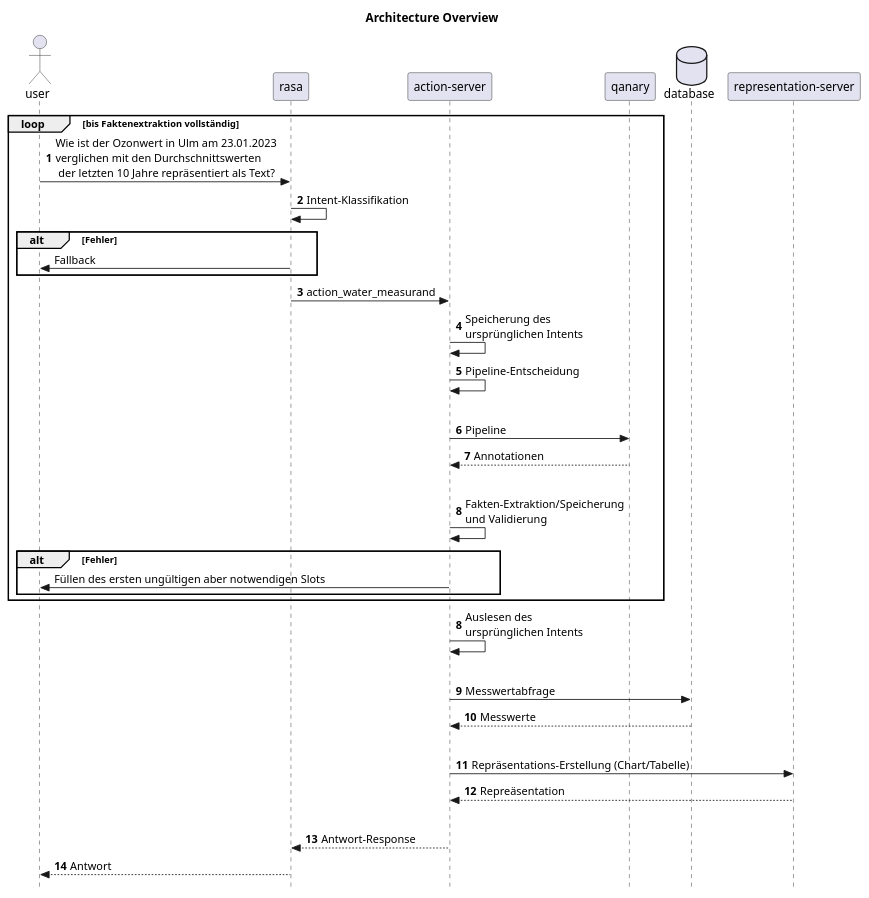
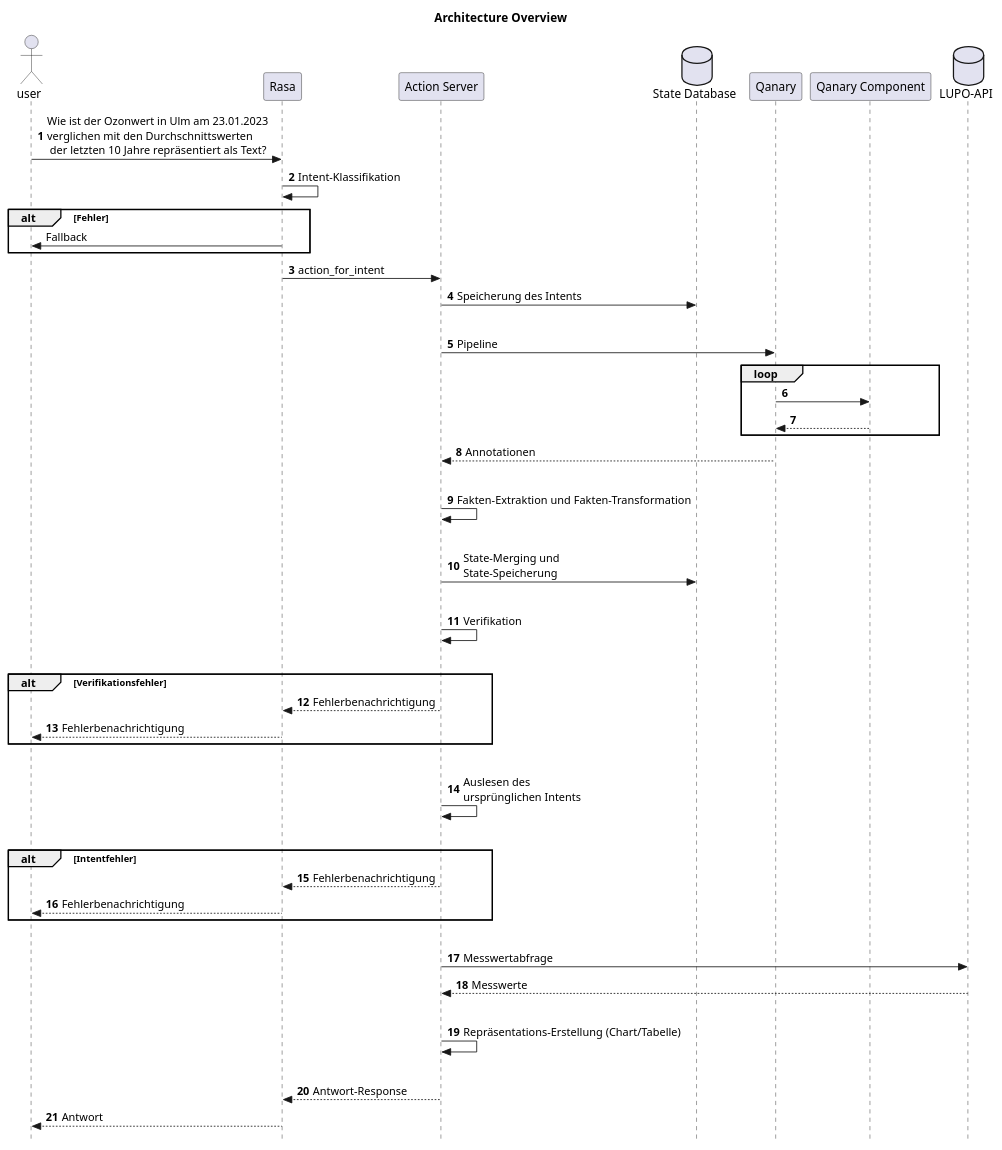
The diagram in docs/diagrams/Makro Architecture.puml (fredericbahr/quatsch-project-22), drawn with PlantUML before and after one commit. The commit also changed 4 other files, not shown here.

Commit message:
docs: refactor diagrams

```diff
--- a/docs/diagrams/Makro Architecture.puml
+++ b/docs/diagrams/Makro Architecture.puml
@@ -1,59 +1,80 @@
 @startuml Architecture
 skinparam Style strictuml
 autonumber
 skinparam BoxPadding 15
 
 title Architecture Overview
 
 actor "user"
 
-loop bis Faktenextraktion vollständig
+"user" -> Rasa: Wie ist der Ozonwert in Ulm am 23.01.2023\nverglichen mit den Durchschnittswerten\n der letzten 10 Jahre repräsentiert als Text?
 
-"user" -> rasa: Wie ist der Ozonwert in Ulm am 23.01.2023\nverglichen mit den Durchschnittswerten\n der letzten 10 Jahre repräsentiert als Text?
-
-rasa -> rasa: Intent-Klassifikation
+Rasa -> Rasa: Intent-Klassifikation
 
 alt Fehler
     autonumber stop
-    "rasa" -> "user": Fallback
+    "Rasa" -> "user": Fallback
 end
 
 autonumber 3
-rasa -> "action-server": action_water_measurand
-"action-server" -> "action-server": Speicherung des\nursprünglichen Intents
-"action-server"-> "action-server": Pipeline-Entscheidung
+Rasa -> "Action Server": action_for_intent
+
+database "State Database"
+"Action Server" -> "State Database": Speicherung des Intents
 
 |||
 
-"action-server" -> qanary: Pipeline
-"action-server" <-- qanary: Annotationen
+"Action Server" -> Qanary: Pipeline
+
+loop 
+Qanary -> "Qanary Component"
+Qanary <-- "Qanary Component"
+end
+
+"Action Server" <-- Qanary: Annotationen
 
 |||
 
-"action-server" -> "action-server": Fakten-Extraktion/Speicherung\nund Validierung
-
-alt Fehler
-    autonumber stop
-    "action-server" -> user: Füllen des ersten ungültigen aber notwendigen Slots
-end
-end
-
-autonumber 8
-"action-server" -> "action-server": Auslesen des\nursprünglichen Intents
+"Action Server" -> "Action Server": Fakten-Extraktion und Fakten-Transformation
 
 |||
 
-database "database"
-"action-server" -> "database": Messwertabfrage
-"action-server" <-- "database": Messwerte
+"Action Server" -> "State Database": State-Merging und \nState-Speicherung
 
 |||
 
-"action-server" -> "representation-server": Repräsentations-Erstellung (Chart/Tabelle)
-"action-server" <-- "representation-server": Repreäsentation
+"Action Server" -> "Action Server": Verifikation
 
 |||
 
-rasa <-- "action-server": Antwort-Response
-user <-- rasa: Antwort
+alt Verifikationsfehler
+"Rasa" <-- "Action Server": Fehlerbenachrichtigung
+"user" <-- "Rasa": Fehlerbenachrichtigung
+end
+
+|||
+
+"Action Server" -> "Action Server": Auslesen des\nursprünglichen Intents
+
+|||
+
+alt Intentfehler
+"Rasa" <-- "Action Server": Fehlerbenachrichtigung
+"user" <-- "Rasa": Fehlerbenachrichtigung
+end
+
+|||
+
+database "LUPO-API"
+"Action Server" -> "LUPO-API": Messwertabfrage
+"Action Server" <-- "LUPO-API": Messwerte
+
+|||
+
+"Action Server" -> "Action Server": Repräsentations-Erstellung (Chart/Tabelle)
+
+|||
+
+Rasa <-- "Action Server": Antwort-Response
+user <-- Rasa: Antwort
 @enduml
```
